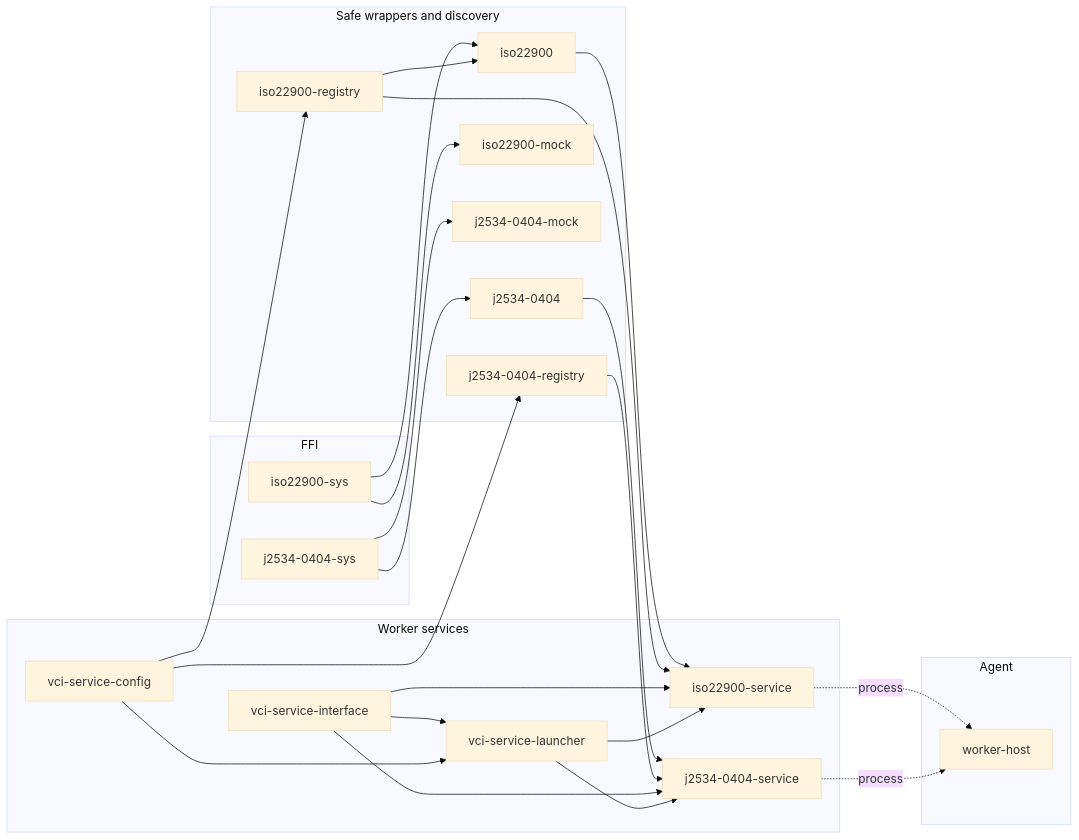
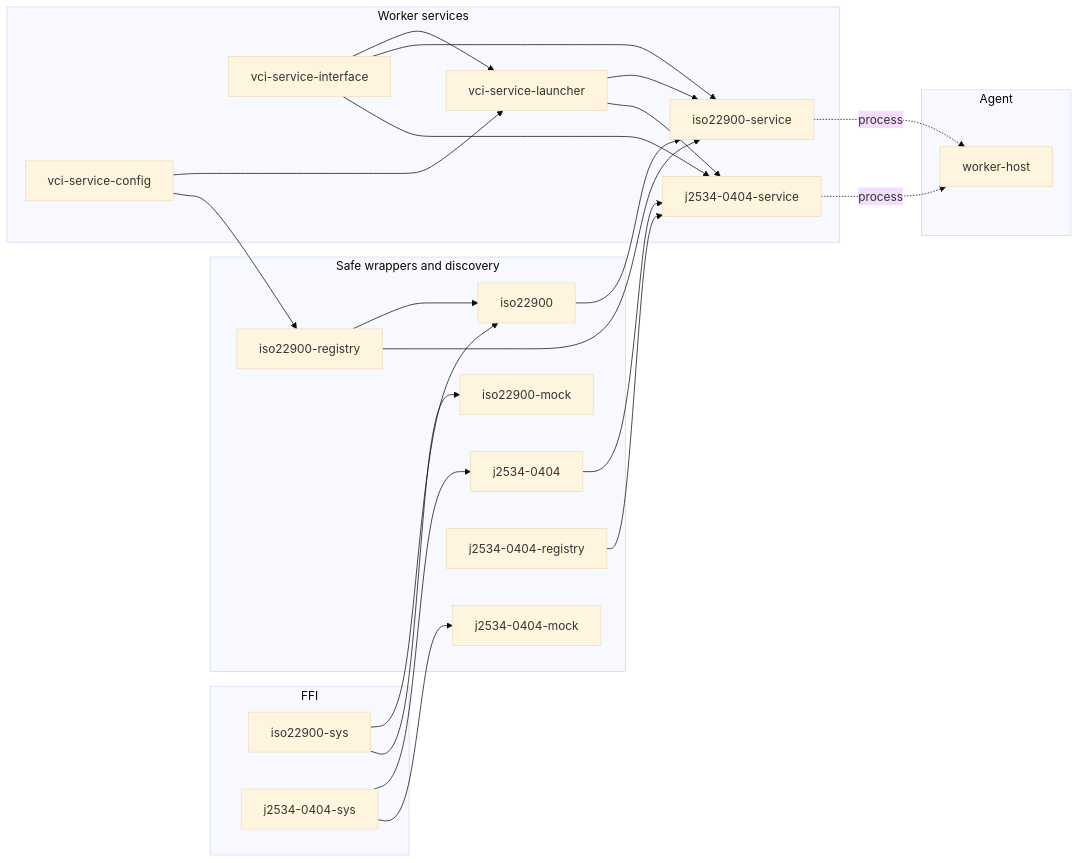
One commit to okayyoumay/nekoguruma changed the second of 3 diagrams in docs/worker-crates.md. Above: the diagram before and after it, drawn with Mermaid (base theme). The commit also changed other lines of this file and 19 other files, not shown here.

````diff
--- a/docs/worker-crates.md
+++ b/docs/worker-crates.md
@@ -231,48 +231,47 @@
 ```mermaid
 graph LR
     subgraph FFI["FFI"]
         sys1["iso22900-sys"]
         sys2["j2534-0404-sys"]
     end
 
     subgraph Wrapper["Safe wrappers and discovery"]
         reg["iso22900-registry"]
         w1["iso22900"]
         w2["j2534-0404"]
         mock1["iso22900-mock"]
         mock2["j2534-0404-mock"]
         reg2["j2534-0404-registry"]
     end
 
     subgraph Service["Worker services"]
         iface["vci-service-interface"]
         cfg["vci-service-config"]
         launcher["vci-service-launcher"]
         svc1["iso22900-service"]
         svc2["j2534-0404-service"]
     end
 
     subgraph Agent["Agent"]
         host["worker-host"]
     end
 
     sys1 --> w1
     sys2 --> w2
     sys1 --> mock1
     sys2 --> mock2
     reg --> w1
     w1 --> svc1
     w2 --> svc2
     reg --> svc1
     reg2 --> svc2
     iface --> launcher
     iface --> svc1
     iface --> svc2
     cfg --> launcher
     cfg --> reg
-    cfg --> reg2
     launcher --> svc1
     launcher --> svc2
     svc1 -.->|process| host
     svc2 -.->|process| host
 ```
````
